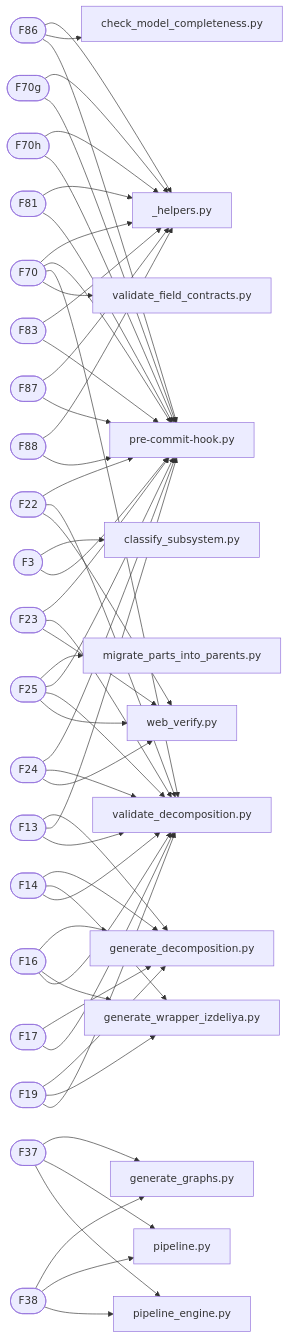
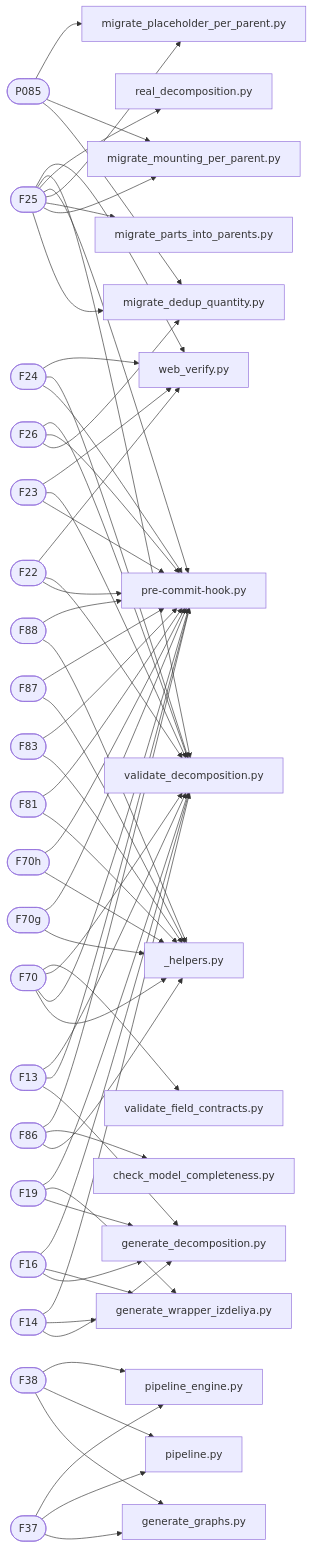
The diagram in graphs/mermaid/graph3_traceability.md (a-m-e-n-t-e-t/SkyNet), drawn with Mermaid before and after one commit. The commit also changed other lines of this file and 79 other files, not shown here.

````diff
--- a/graphs/mermaid/graph3_traceability.md
+++ b/graphs/mermaid/graph3_traceability.md
@@ -3,5 +3,22 @@
 ```mermaid
 graph LR
+    F25([F25])
+    script_migrate_dedup_quantity_py[migrate_dedup_quantity.py]
+    F25 --> script_migrate_dedup_quantity_py
+    script_migrate_mounting_per_parent_py[migrate_mounting_per_parent.py]
+    F25 --> script_migrate_mounting_per_parent_py
+    script_migrate_parts_into_parents_py[migrate_parts_into_parents.py]
+    F25 --> script_migrate_parts_into_parents_py
+    script_migrate_placeholder_per_parent_py[migrate_placeholder_per_parent.py]
+    F25 --> script_migrate_placeholder_per_parent_py
+    script_pre-commit-hook_py[pre-commit-hook.py]
+    F25 --> script_pre-commit-hook_py
+    script_real_decomposition_py[real_decomposition.py]
+    F25 --> script_real_decomposition_py
+    script_validate_decomposition_py[validate_decomposition.py]
+    F25 --> script_validate_decomposition_py
+    script_web_verify_py[web_verify.py]
+    F25 --> script_web_verify_py
     F70([F70])
     script__helpers_py[_helpers.py]
     F70 --> script__helpers_py
@@ -11,15 +28,6 @@
     F70 --> script_validate_decomposition_py
     script_validate_field_contracts_py[validate_field_contracts.py]
     F70 --> script_validate_field_contracts_py
-    F25([F25])
-    script_migrate_parts_into_parents_py[migrate_parts_into_parents.py]
-    F25 --> script_migrate_parts_into_parents_py
-    script_pre-commit-hook_py[pre-commit-hook.py]
-    F25 --> script_pre-commit-hook_py
-    script_validate_decomposition_py[validate_decomposition.py]
-    F25 --> script_validate_decomposition_py
-    script_web_verify_py[web_verify.py]
-    F25 --> script_web_verify_py
     F86([F86])
     script__helpers_py[_helpers.py]
     F86 --> script__helpers_py
@@ -55,6 +63,20 @@
     F19 --> script_generate_wrapper_izdeliya_py
     script_validate_decomposition_py[validate_decomposition.py]
     F19 --> script_validate_decomposition_py
+    F26([F26])
+    script_migrate_dedup_quantity_py[migrate_dedup_quantity.py]
+    F26 --> script_migrate_dedup_quantity_py
+    script_pre-commit-hook_py[pre-commit-hook.py]
+    F26 --> script_pre-commit-hook_py
+    script_validate_decomposition_py[validate_decomposition.py]
+    F26 --> script_validate_decomposition_py
+    P085([P085])
+    script_migrate_dedup_quantity_py[migrate_dedup_quantity.py]
+    P085 --> script_migrate_dedup_quantity_py
+    script_migrate_mounting_per_parent_py[migrate_mounting_per_parent.py]
+    P085 --> script_migrate_mounting_per_parent_py
+    script_migrate_placeholder_per_parent_py[migrate_placeholder_per_parent.py]
+    P085 --> script_migrate_placeholder_per_parent_py
     F22([F22])
     script_pre-commit-hook_py[pre-commit-hook.py]
     F22 --> script_pre-commit-hook_py
@@ -120,14 +142,4 @@
     F88 --> script__helpers_py
     script_pre-commit-hook_py[pre-commit-hook.py]
     F88 --> script_pre-commit-hook_py
-    F3([F3])
-    script_classify_subsystem_py[classify_subsystem.py]
-    F3 --> script_classify_subsystem_py
-    script_pre-commit-hook_py[pre-commit-hook.py]
-    F3 --> script_pre-commit-hook_py
-    F17([F17])
-    script_generate_decomposition_py[generate_decomposition.py]
-    F17 --> script_generate_decomposition_py
-    script_validate_decomposition_py[validate_decomposition.py]
-    F17 --> script_validate_decomposition_py
 ```
````
